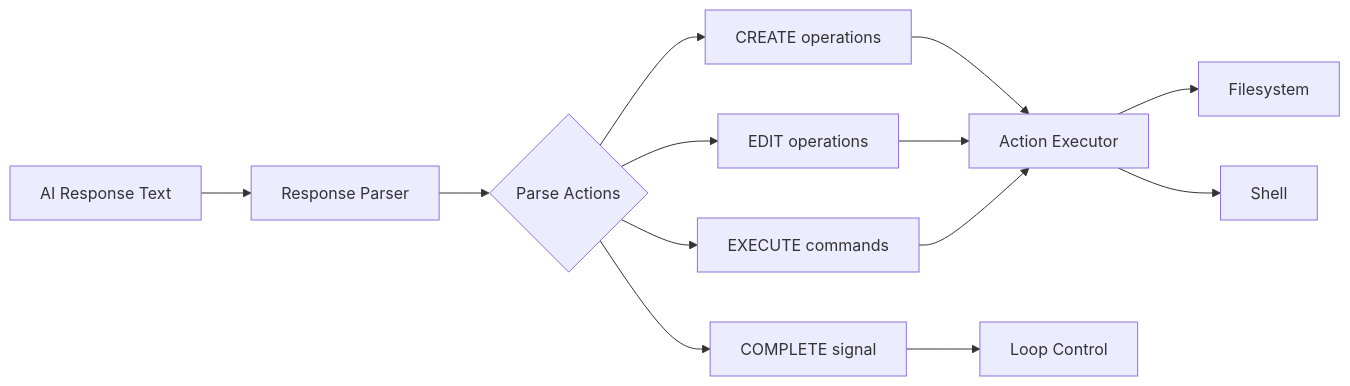
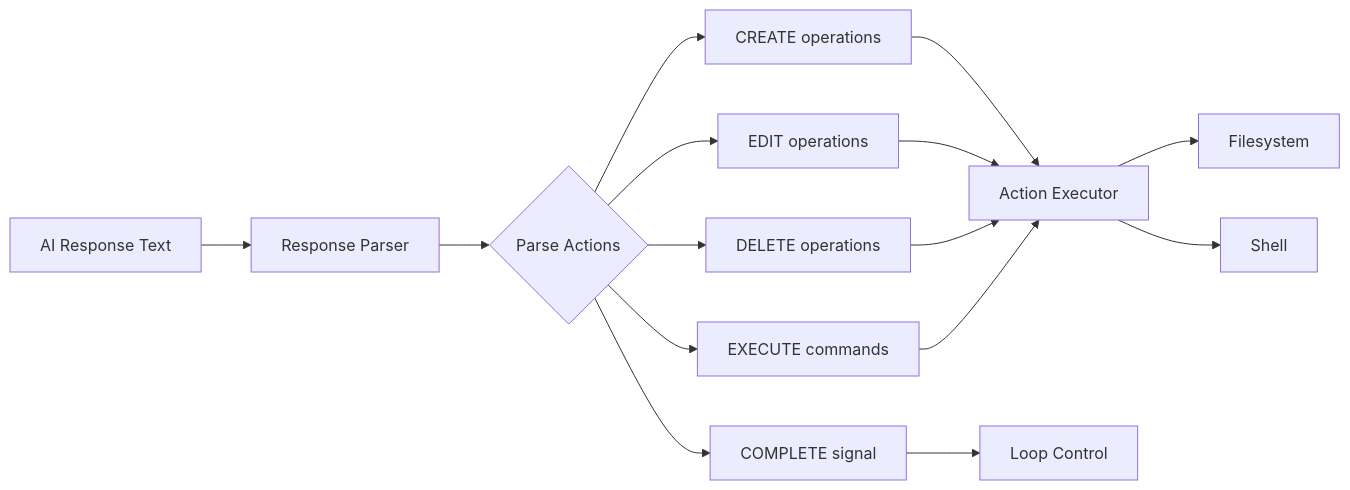
One commit to rpothin/ghc-ralph-cli changed diagram 12 of 15 in docs/architecture.md. Above: the diagram before and after it, drawn with Mermaid. The commit also changed other lines of this file and 6 other files, not shown here.

````diff
--- a/docs/architecture.md
+++ b/docs/architecture.md
@@ -512,17 +512,19 @@
 ```mermaid
 graph LR
     Response[AI Response Text] --> Parser[Response Parser]
     Parser --> Actions{Parse Actions}
     Actions --> Create[CREATE operations]
     Actions --> Edit[EDIT operations]
+    Actions --> Delete[DELETE operations]
     Actions --> Execute[EXECUTE commands]
     Actions --> Complete[COMPLETE signal]
     
     Create --> Executor[Action Executor]
     Edit --> Executor
+    Delete --> Executor
     Execute --> Executor
     Complete --> LoopControl[Loop Control]
     
     Executor --> Filesystem
     Executor --> Shell
 ```
````
